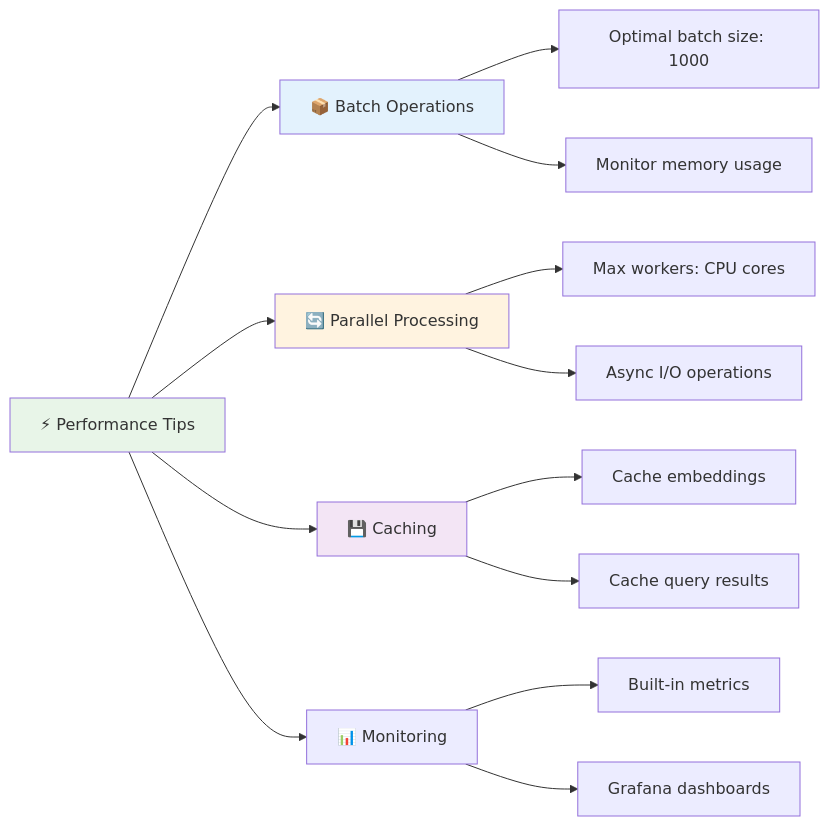
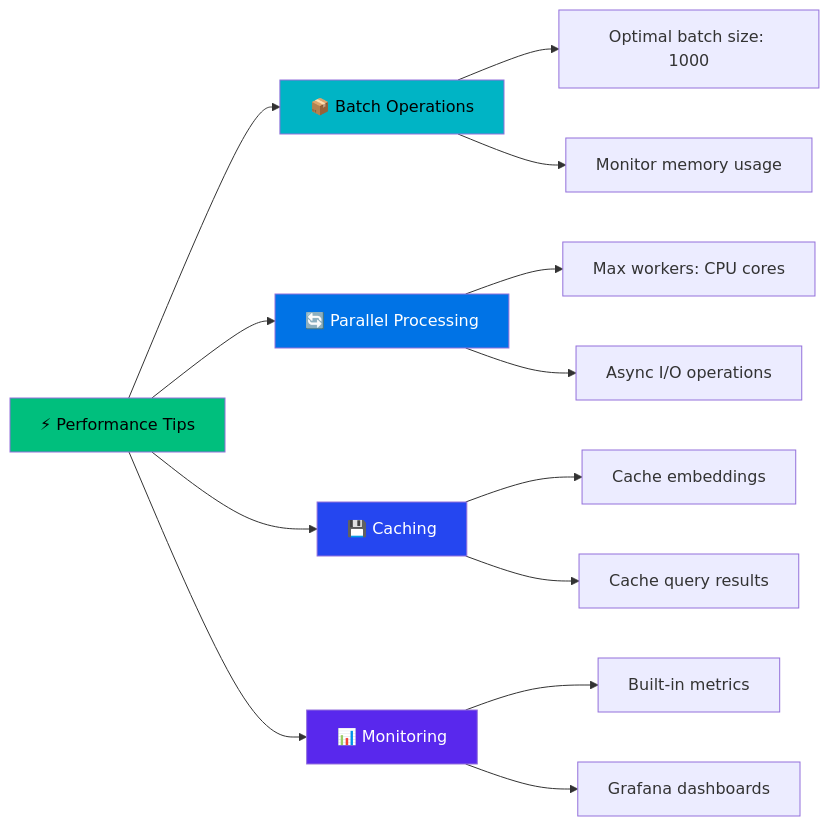
One commit to elementalcollision/vcf_analysis changed the ninth of 13 diagrams in README.md. Above: the diagram before and after it, drawn with Mermaid. The commit also changed other lines of this file and 1 other file, not shown here.

````diff
--- a/README.md
+++ b/README.md
@@ -685,24 +702,25 @@
 ```mermaid
 graph LR
     PERF[⚡ Performance Tips] --> BATCH[📦 Batch Operations]
     PERF --> PARALLEL[🔄 Parallel Processing]
     PERF --> CACHE[💾 Caching]
     PERF --> MONITOR[📊 Monitoring]
     
     BATCH --> BATCH_SIZE[Optimal batch size: 1000]
     BATCH --> MEMORY[Monitor memory usage]
     
     PARALLEL --> WORKERS[Max workers: CPU cores]
     PARALLEL --> IO[Async I/O operations]
     
     CACHE --> EMBED[Cache embeddings]
     CACHE --> RESULTS[Cache query results]
     
     MONITOR --> METRICS[Built-in metrics]
     MONITOR --> GRAFANA[Grafana dashboards]
     
-    style PERF fill:#e8f5e8
-    style BATCH fill:#e3f2fd
-    style PARALLEL fill:#fff3e0
-    style CACHE fill:#f3e5f5
+    style PERF fill:#00bf7d,color:#000000
+    style BATCH fill:#00b4c5,color:#000000
+    style PARALLEL fill:#0073e6,color:#ffffff
+    style CACHE fill:#2546f0,color:#ffffff
+    style MONITOR fill:#5928ed,color:#ffffff
 ```
````
